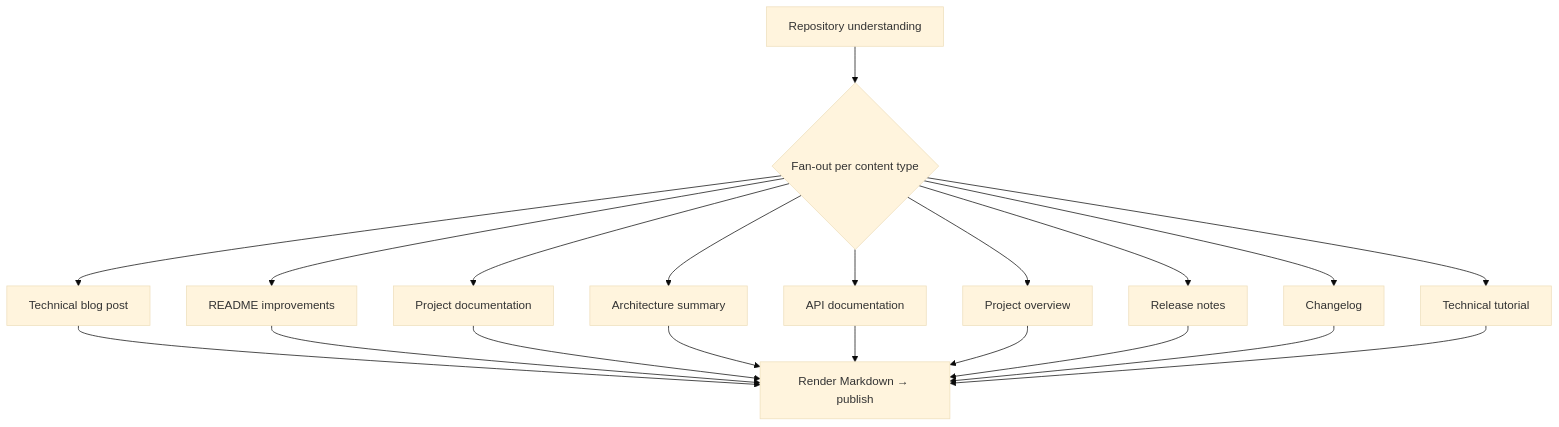
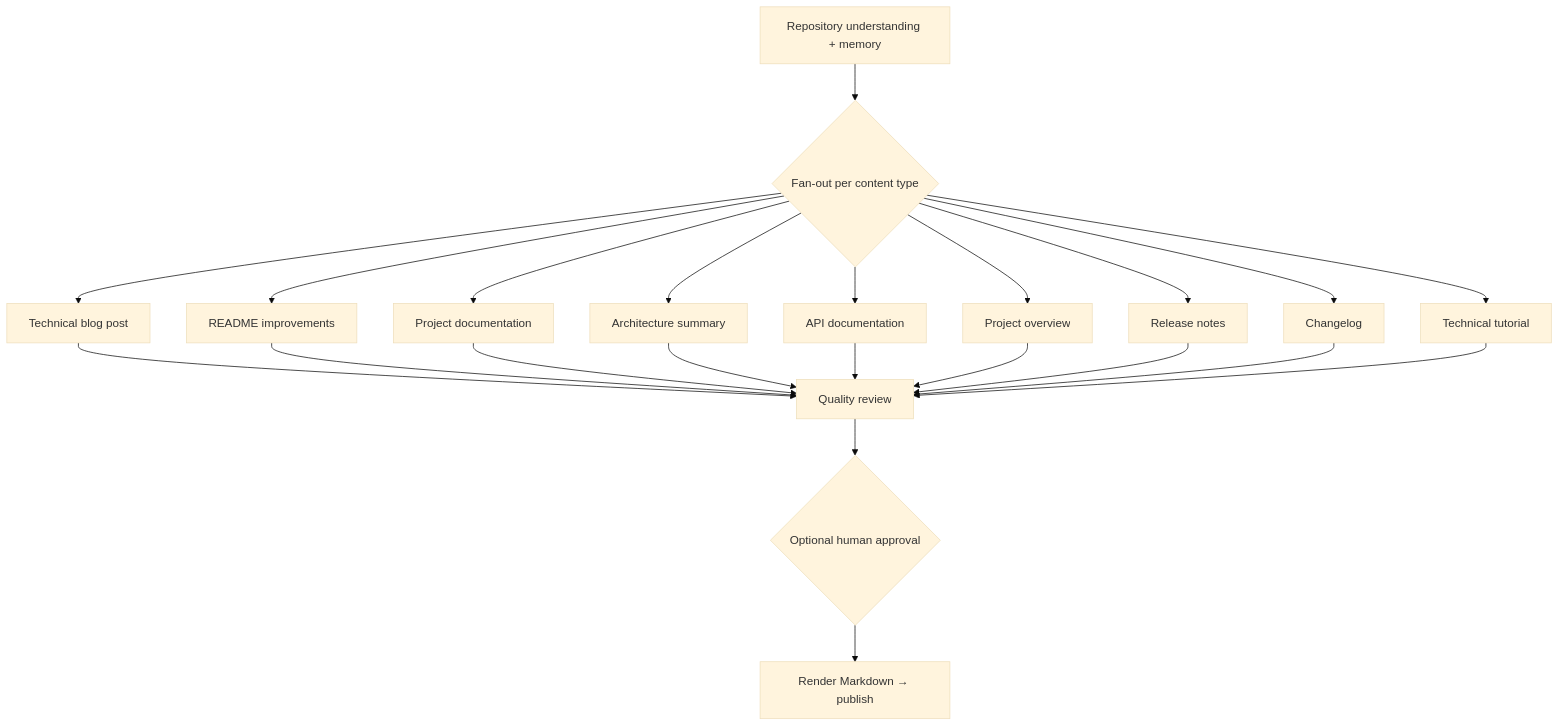
The fifth of 7 diagrams in docs/architecture.md (teddynted/ai-github-repository-blog-generator), drawn with Mermaid (base theme) before and after one commit. The commit also changed other lines of this file and 12 other files, not shown here.

````diff
--- a/docs/architecture.md
+++ b/docs/architecture.md
@@ -170,14 +195,16 @@
 ```mermaid
 flowchart TB
-    A[Repository understanding] --> P{Fan-out per content type}
+    A[Repository understanding + memory] --> P{Fan-out per content type}
     P --> A1[Technical blog post]
     P --> A2[README improvements]
     P --> A3[Project documentation]
     P --> A4[Architecture summary]
     P --> A5[API documentation]
     P --> A6[Project overview]
     P --> A7[Release notes]
     P --> A8[Changelog]
     P --> A9[Technical tutorial]
-    A1 & A2 & A3 & A4 & A5 & A6 & A7 & A8 & A9 --> PKG[Render Markdown → publish]
+    A1 & A2 & A3 & A4 & A5 & A6 & A7 & A8 & A9 --> REV[Quality review]
+    REV --> APP{Optional human approval}
+    APP --> PKG[Render Markdown → publish]
 ```
````
